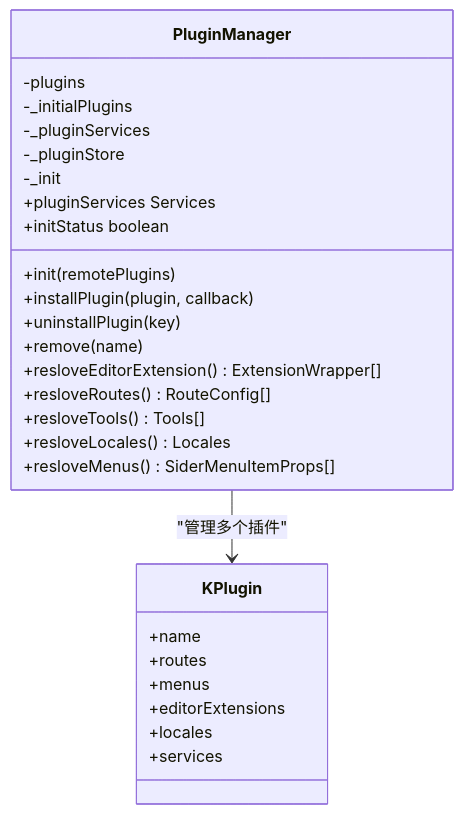
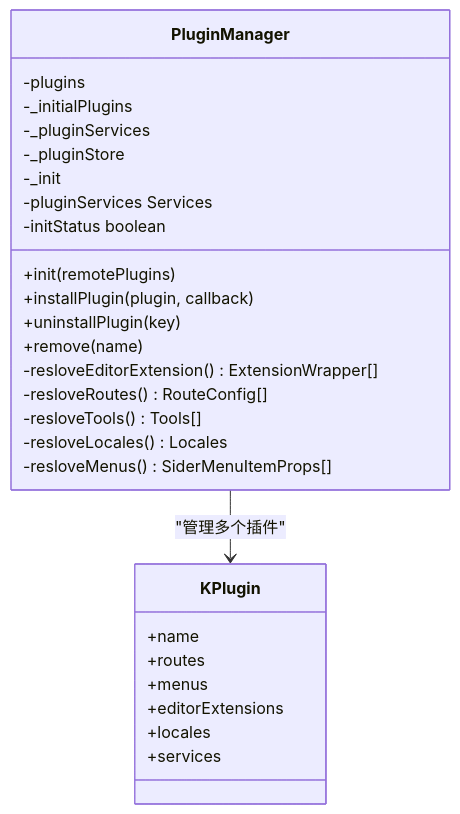
The sixth of 8 diagrams in .qoder/repowiki/zh/content/核心模块/编辑器核心内核/编辑器扩展系统.md (LRF0422/Kotion), drawn with Mermaid before and after one commit. The commit also changed other lines of this file and 45 other files, not shown here.

````diff
--- a/.qoder/repowiki/zh/content/核心模块/编辑器核心内核/编辑器扩展系统.md
+++ b/.qoder/repowiki/zh/content/核心模块/编辑器核心内核/编辑器扩展系统.md
@@ -246,30 +252,30 @@
 ```mermaid
 classDiagram
 class PluginManager {
 -plugins
 -_initialPlugins
 -_pluginServices
 -_pluginStore
 -_init
 +init(remotePlugins)
 +installPlugin(plugin, callback)
 +uninstallPlugin(key)
 +remove(name)
-+resloveEditorExtension() ExtensionWrapper[]
-+resloveRoutes() RouteConfig[]
-+resloveTools() Tools[]
-+resloveLocales() Locales
-+resloveMenus() SiderMenuItemProps[]
-+pluginServices Services
-+initStatus boolean
+-resloveEditorExtension() ExtensionWrapper[]
+-resloveRoutes() RouteConfig[]
+-resloveTools() Tools[]
+-resloveLocales() Locales
+-resloveMenus() SiderMenuItemProps[]
+-pluginServices Services
+-initStatus boolean
 }
 class KPlugin {
 +name
 +routes
 +menus
 +editorExtensions
 +locales
 +services
 }
 PluginManager --> KPlugin : "管理多个插件"
 ```
````
